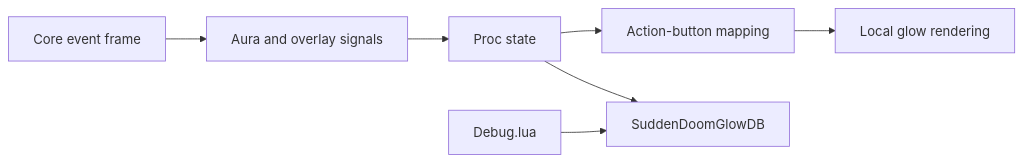
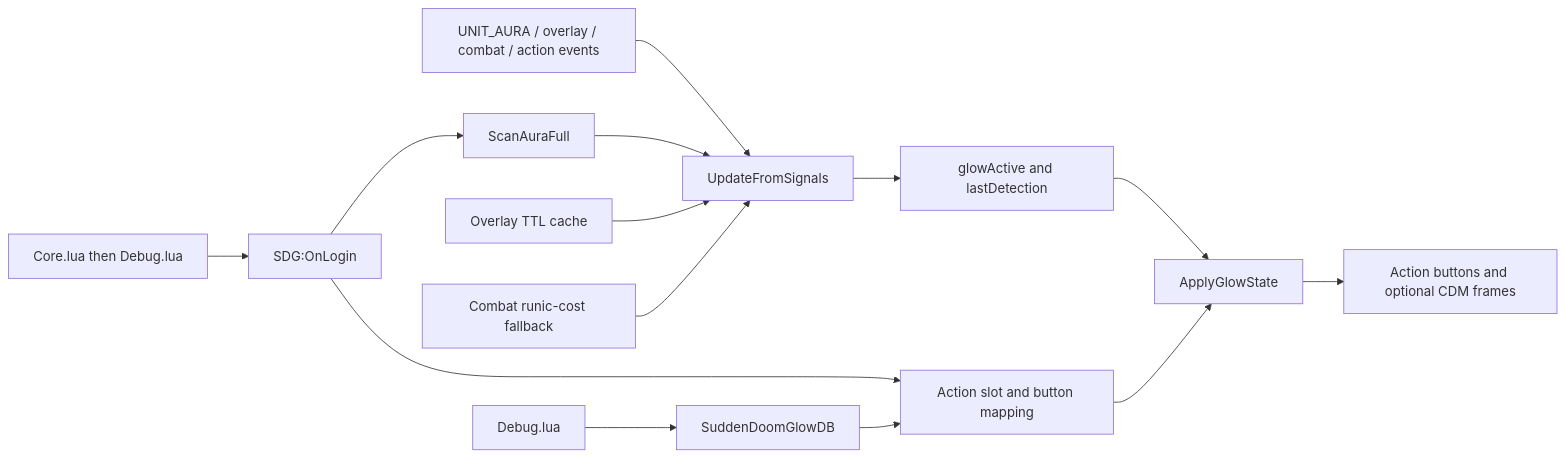
The diagram in CODE_GRAPH.md (UnknownAlienHuman/sudden-doom-glow), drawn with Mermaid before and after one commit. The commit also changed 3 other files, not shown here.

````diff
--- a/CODE_GRAPH.md
+++ b/CODE_GRAPH.md
@@ -3,9 +3,16 @@
 ```mermaid
 flowchart LR
-  Events[Core event frame] --> Signals[Aura and overlay signals]
-  Signals --> State[Proc state]
-  State --> Map[Action-button mapping]
-  Map --> Render[Local glow rendering]
+  TOC[Core.lua then Debug.lua] --> Login[SDG:OnLogin]
+  Login --> Map[Action slot and button mapping]
+  Login --> Aura[ScanAuraFull]
+  Events[UNIT_AURA / overlay / combat / action events] --> Signals[UpdateFromSignals]
+  Aura --> Signals
+  Overlay[Overlay TTL cache] --> Signals
+  Cost[Combat runic-cost fallback] --> Signals
+  Signals --> State[glowActive and lastDetection]
+  State --> Render[ApplyGlowState]
+  Map --> Render
+  Render --> Buttons[Action buttons and optional CDM frames]
   Debug[Debug.lua] --> DB[SuddenDoomGlowDB]
-  State --> DB
+  DB --> Map
 ```
````
